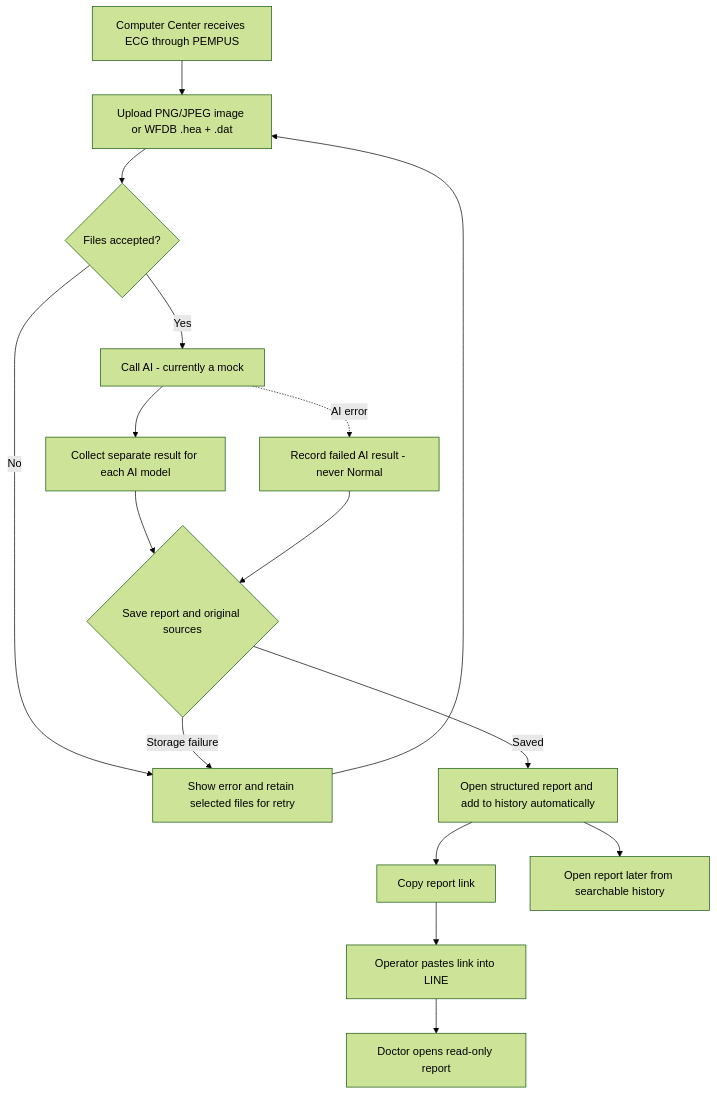
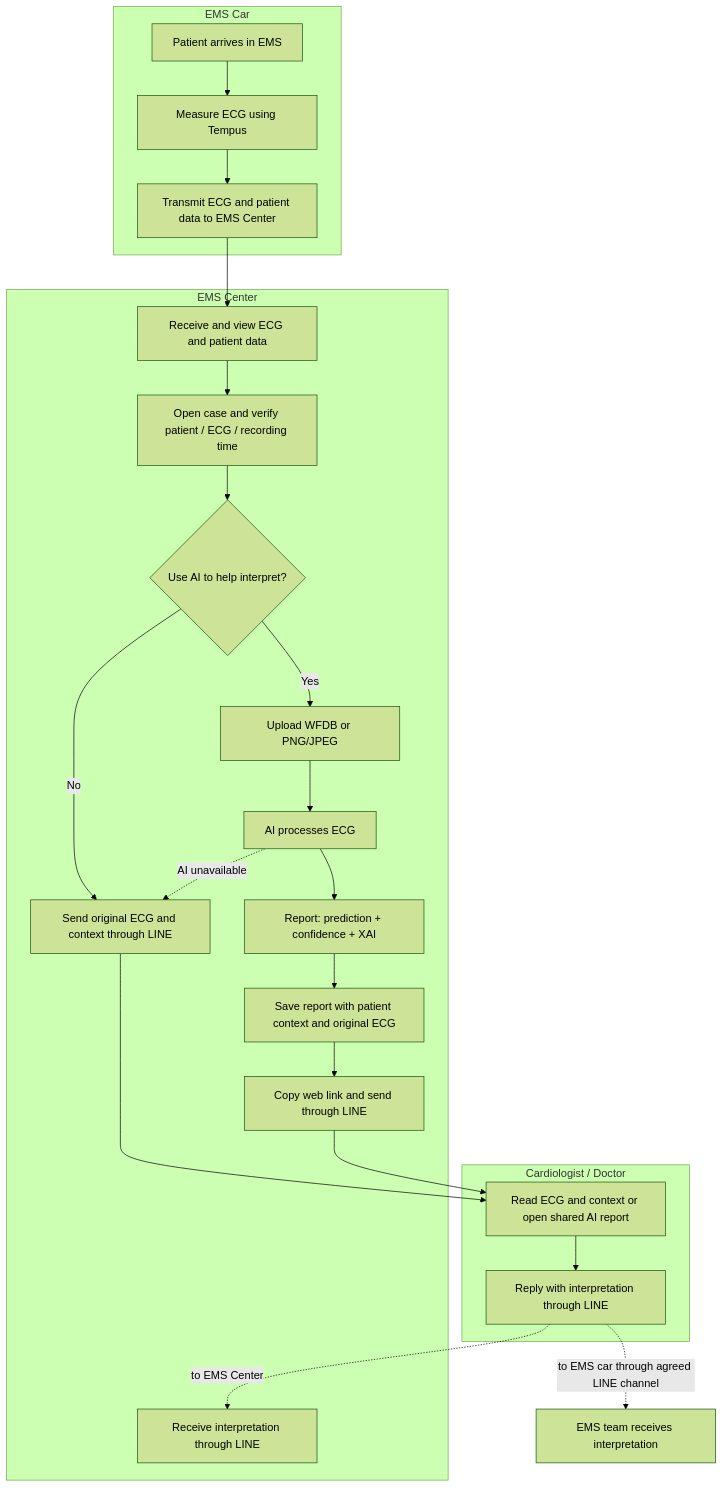
Before and after one commit to Bearior/EKG-user-journey: the diagram in docs/flowchart.md, drawn with Mermaid (forest theme). The commit also changed other lines of this file and 15 other files, not shown here.

Commit message:
fix: restore shared reports and add confidence and demo XAI

````diff
--- a/docs/flowchart.md
+++ b/docs/flowchart.md
@@ -5,18 +5,27 @@
 ```mermaid
 flowchart TD
-    A[Computer Center receives ECG through PEMPUS] --> B[Upload PNG/JPEG image or WFDB .hea + .dat]
-    B --> C{Files accepted?}
-    C -->|No| D[Show error and retain selected files for retry]
-    D --> B
-    C -->|Yes| E[Call AI - currently a mock]
-    E --> F[Collect separate result for each AI model]
-    F --> G{Save report and original sources}
-    G -->|Storage failure| D
-    G -->|Saved| H[Open structured report and add to history automatically]
-    H --> I[Copy report link]
-    I --> J[Operator pastes link into LINE]
-    J --> K[Doctor opens read-only report]
-    H --> L[Open report later from searchable history]
-    E -. AI error .-> M[Record failed AI result - never Normal]
-    M --> G
+    subgraph EMS[EMS Car]
+        A[Patient arrives in EMS] --> B[Measure ECG using Tempus]
+        B --> C[Transmit ECG and patient data to EMS Center]
+    end
+    subgraph CENTER[EMS Center]
+        D[Receive and view ECG and patient data] --> E[Open case and verify patient / ECG / recording time]
+        E --> F{Use AI to help interpret?}
+        F -->|No| G[Send original ECG and context through LINE]
+        F -->|Yes| H[Upload WFDB or PNG/JPEG]
+        H --> I[AI processes ECG]
+        I --> J[Report: prediction + confidence + XAI]
+        J --> K[Save report with patient context and original ECG]
+        K --> L[Copy web link and send through LINE]
+        I -. AI unavailable .-> G
+        M[Receive interpretation through LINE]
+    end
+    subgraph DOC[Cardiologist / Doctor]
+        N[Read ECG and context or open shared AI report] --> O[Reply with interpretation through LINE]
+    end
+    C --> D
+    G --> N
+    L --> N
+    O -. to EMS Center .-> M
+    O -. to EMS car through agreed LINE channel .-> P[EMS team receives interpretation]
 ```
````
